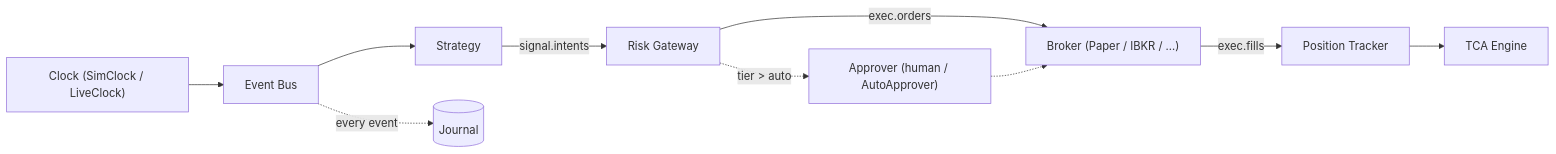
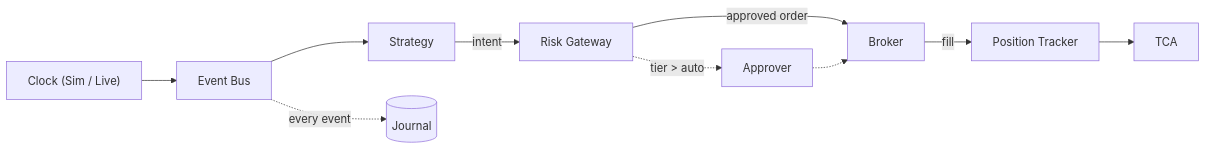
Before and after one commit to abrar99966/Multi-Agent-Enterprise-Trading-Bot: the second of 7 diagrams in docs/ARCHITECTURE.md, drawn with Mermaid. The commit also changed other lines of this file, not shown here.

First line of the commit message:
docs: final professional polish of ARCHITECTURE.md

````diff
--- a/docs/ARCHITECTURE.md
+++ b/docs/ARCHITECTURE.md
@@ -142,12 +152,12 @@
 ```mermaid
 graph LR
-    CLK["Clock (SimClock / LiveClock)"] --> BUS["Event Bus"]
+    CLK["Clock (Sim / Live)"] --> BUS["Event Bus"]
     BUS --> STR["Strategy"]
-    STR -->|"signal.intents"| GW["Risk Gateway"]
-    GW -->|"exec.orders"| BRK["Broker (Paper / IBKR / …)"]
-    GW -.->|"tier > auto"| APR["Approver (human / AutoApprover)"]
+    STR -->|intent| GW["Risk Gateway"]
+    GW -->|approved order| BRK["Broker"]
+    GW -.->|tier &gt; auto| APR["Approver"]
     APR -.-> BRK
-    BRK -->|"exec.fills"| TRK["Position Tracker"]
-    TRK --> TCA["TCA Engine"]
-    BUS -.->|"every event"| JRN[("Journal")]
+    BRK -->|fill| TRK["Position Tracker"]
+    TRK --> TCA["TCA"]
+    BUS -.->|every event| JRN[("Journal")]
 ```
````
